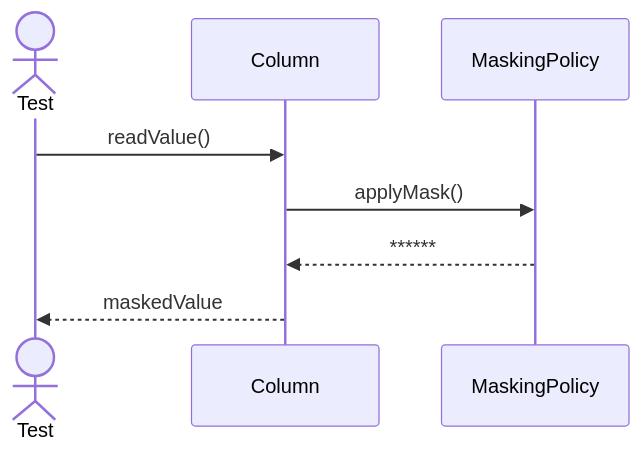
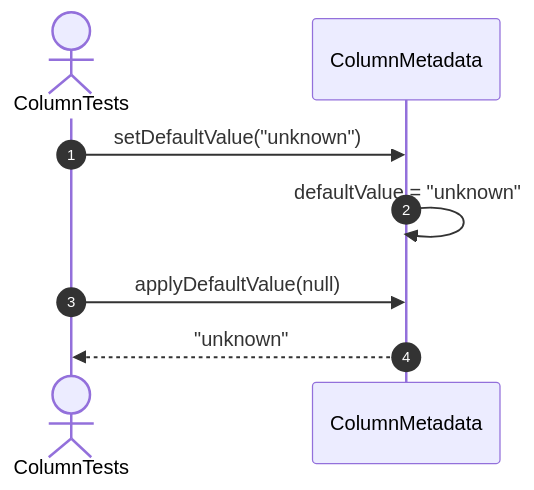
The ninth of 18 diagrams in src/tests/unit/metadata/sequences/columns-testing.se.md (FhuAnn/-bbv-AN-s-DBMS), drawn with Mermaid before and after one commit. The commit also changed other lines of this file and 60 other files, not shown here.

Commit message:
refactor data table, row, column, constraint, index test file

````diff
--- a/src/tests/unit/metadata/sequences/columns-testing.se.md
+++ b/src/tests/unit/metadata/sequences/columns-testing.se.md
@@ -150,14 +132,12 @@
 ```mermaid
 sequenceDiagram
-actor Test
-participant Column
-participant MaskingPolicy
+    autonumber
+    actor Test as ColumnTests
+    participant Column as ColumnMetadata
 
-Test->>Column: readValue()
+    Test->>Column: setDefaultValue("unknown")
+    Column->>Column: defaultValue = "unknown"
 
-Column->>MaskingPolicy: applyMask()
-
-MaskingPolicy-->>Column: ******
-
-Column-->>Test: maskedValue
+    Test->>Column: applyDefaultValue(null)
+    Column-->>Test: "unknown"
 ```
````
